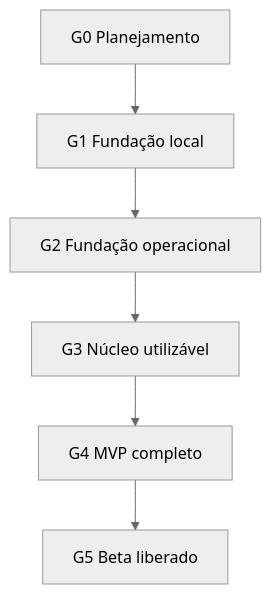
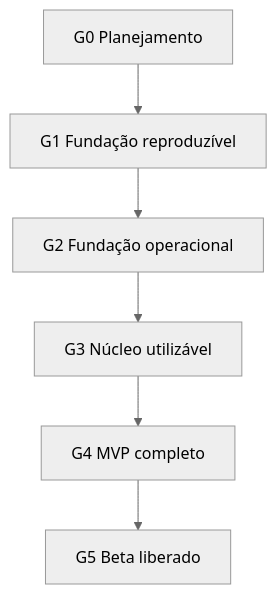
The diagram in docs/07-backlog-canonico.md (jukazilli/SeekIn), drawn with Mermaid (neutral theme) before and after one commit. The commit also changed other lines of this file and 17 other files, not shown here.

````diff
--- a/docs/07-backlog-canonico.md
+++ b/docs/07-backlog-canonico.md
@@ -17,8 +17,8 @@
 ```mermaid
 flowchart TD
-    G0["G0 Planejamento"] --> G1["G1 Fundação local"]
+    G0["G0 Planejamento"] --> G1["G1 Fundação reproduzível"]
     G1 --> G2["G2 Fundação operacional"]
     G2 --> G3["G3 Núcleo utilizável"]
     G3 --> G4["G4 MVP completo"]
     G4 --> G5["G5 Beta liberado"]
 ```
````
